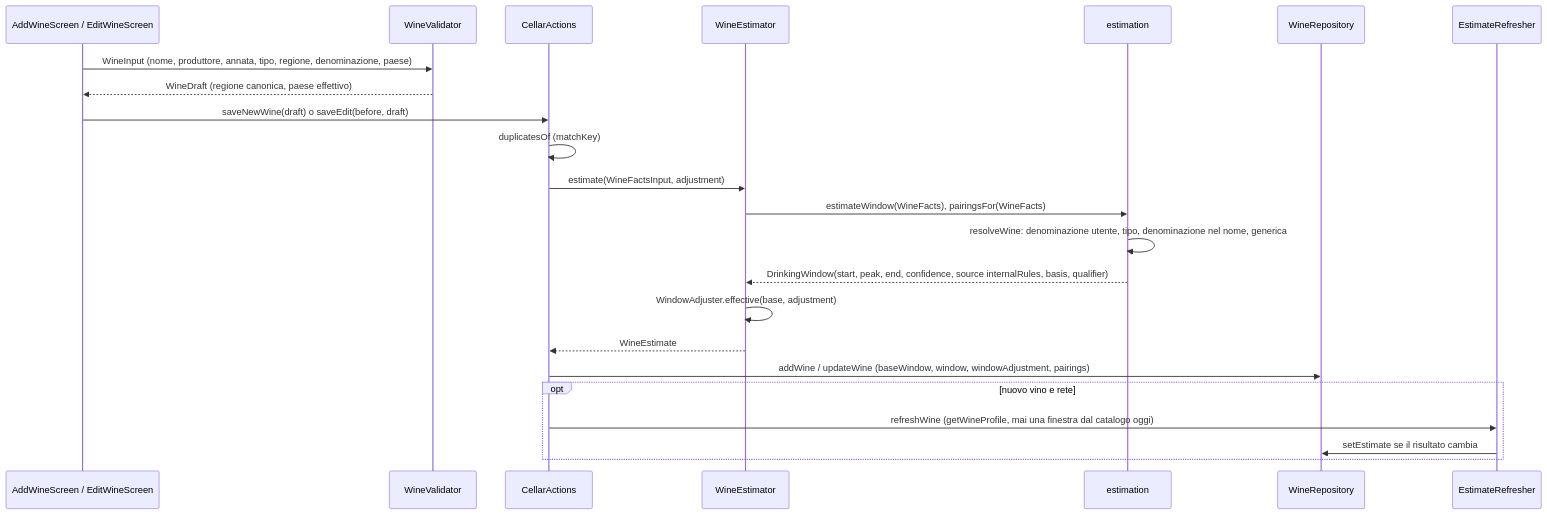
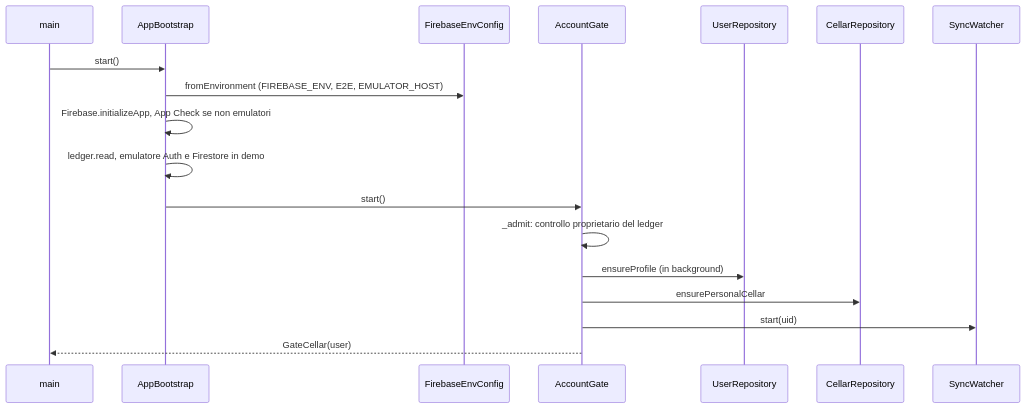
Before and after one commit to brunobottazzini/Vinoozy: the fourth of 5 diagrams in aidlc/spaces/default/codekb/Vinoozy/architecture.md, drawn with Mermaid. The commit also changed other lines of this file and 192 other files, not shown here.

````diff
--- a/aidlc/spaces/default/codekb/Vinoozy/architecture.md
+++ b/aidlc/spaces/default/codekb/Vinoozy/architecture.md
@@ -334,25 +191,20 @@
 ```mermaid
 sequenceDiagram
-  participant F as AddWineScreen / EditWineScreen
-  participant V as WineValidator
-  participant CA as CellarActions
-  participant WE as WineEstimator
-  participant E as estimation
-  participant WR as WineRepository
-  participant ER as EstimateRefresher
-  F->>V: WineInput (nome, produttore, annata, tipo, regione, denominazione, paese)
-  V-->>F: WineDraft (regione canonica, paese effettivo)
-  F->>CA: saveNewWine(draft) o saveEdit(before, draft)
-  CA->>CA: duplicatesOf (matchKey)
-  CA->>WE: estimate(WineFactsInput, adjustment)
-  WE->>E: estimateWindow(WineFacts), pairingsFor(WineFacts)
-  E->>E: resolveWine: denominazione utente, tipo, denominazione nel nome, generica
-  E-->>WE: DrinkingWindow(start, peak, end, confidence, source internalRules, basis, qualifier)
-  WE->>WE: WindowAdjuster.effective(base, adjustment)
-  WE-->>CA: WineEstimate
-  CA->>WR: addWine / updateWine (baseWindow, window, windowAdjustment, pairings)
-  opt nuovo vino e rete
-    CA->>ER: refreshWine (getWineProfile, mai una finestra dal catalogo oggi)
-    ER->>WR: setEstimate se il risultato cambia
-  end
+  participant M as main
+  participant Bo as AppBootstrap
+  participant E as FirebaseEnvConfig
+  participant G as AccountGate
+  participant U as UserRepository
+  participant C as CellarRepository
+  participant S as SyncWatcher
+  M->>Bo: start()
+  Bo->>E: fromEnvironment (FIREBASE_ENV, E2E, EMULATOR_HOST)
+  Bo->>Bo: Firebase.initializeApp, App Check se non emulatori
+  Bo->>Bo: ledger.read, emulatore Auth e Firestore in demo
+  Bo->>G: start()
+  G->>G: _admit: controllo proprietario del ledger
+  G->>U: ensureProfile (in background)
+  G->>C: ensurePersonalCellar
+  G->>S: start(uid)
+  G-->>M: GateCellar(user)
 ```
````
